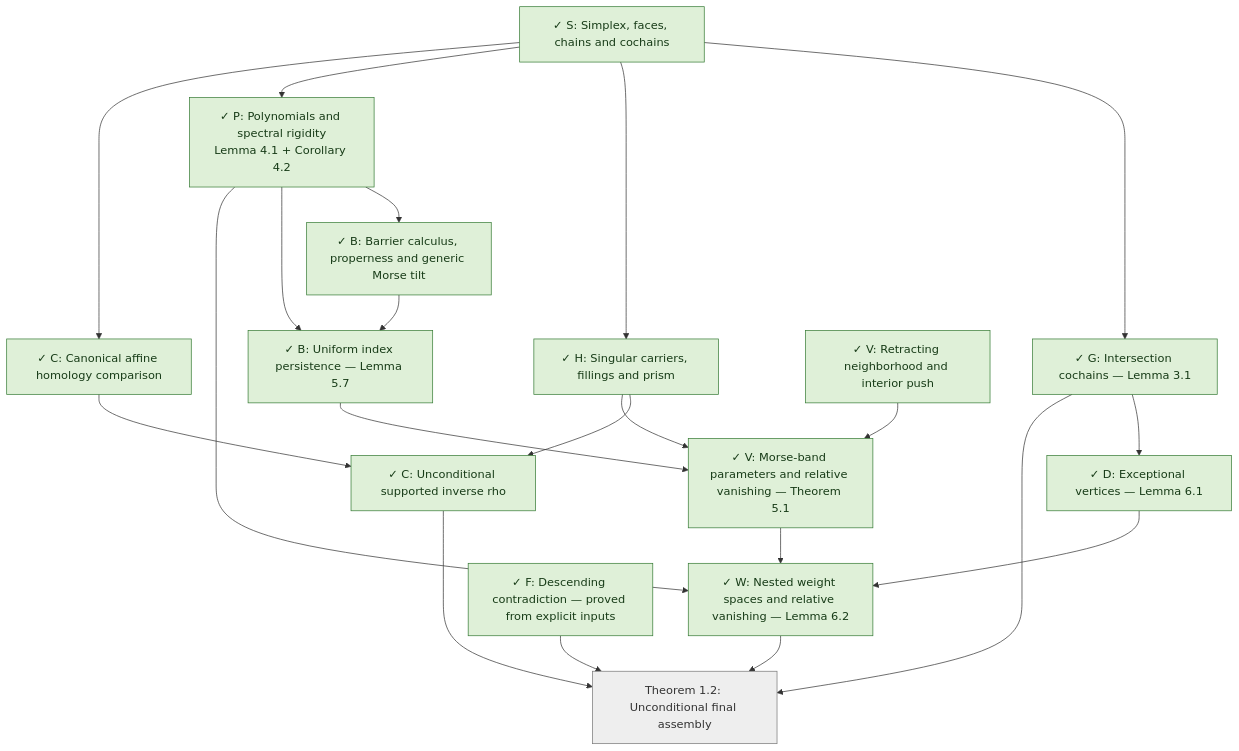
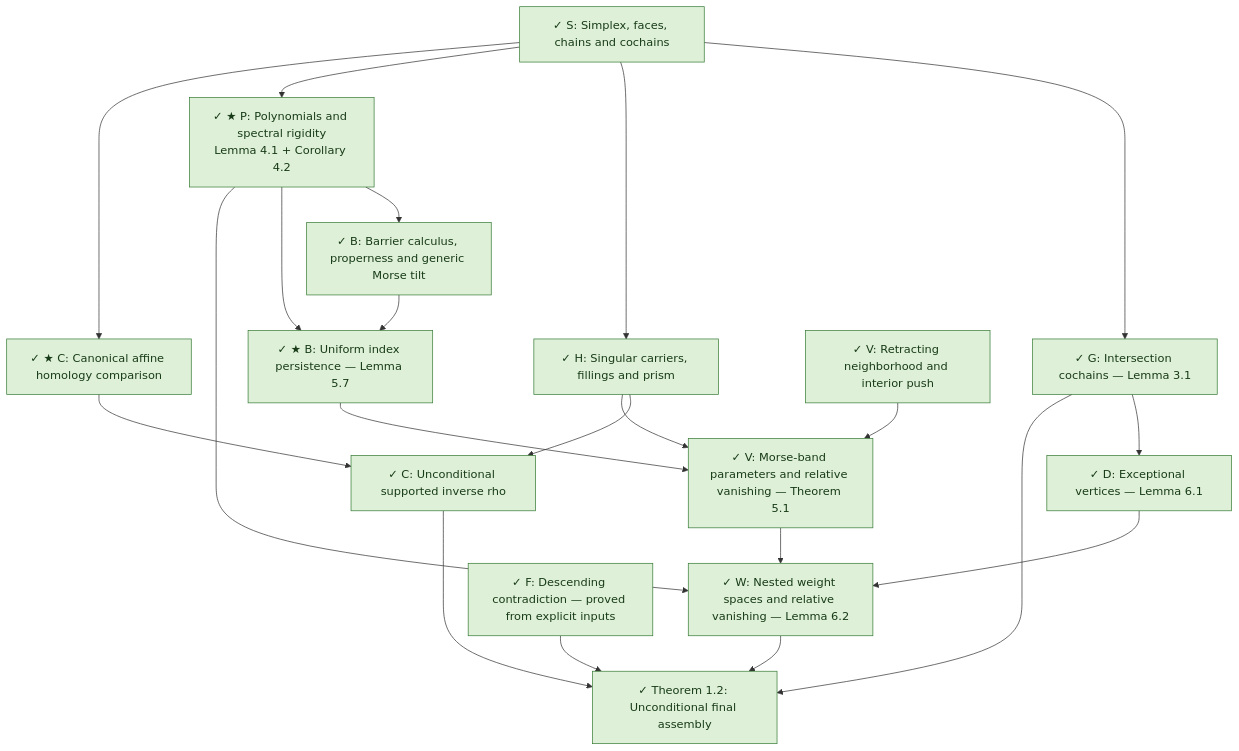
Before and after one commit to snorin239/SharpTopologicalOverlap: the diagram in docs/blueprint.md, drawn with Mermaid. The commit also changed other lines of this file and 9 other files, not shown here.

````diff
--- a/docs/blueprint.md
+++ b/docs/blueprint.md
@@ -51,41 +51,41 @@
 ```mermaid
 flowchart TD
   S["✓ S: Simplex, faces, chains and cochains"]:::done
   G["✓ G: Intersection cochains — Lemma 3.1"]:::done
   H["✓ H: Singular carriers, fillings and prism"]:::done
-  P["✓ P: Polynomials and spectral rigidity<br/>Lemma 4.1 + Corollary 4.2"]:::done
+  P["✓ ★ P: Polynomials and spectral rigidity<br/>Lemma 4.1 + Corollary 4.2"]:::done
   D["✓ D: Exceptional vertices — Lemma 6.1"]:::done
-  C0["✓ C: Canonical affine homology comparison"]:::done
+  C0["✓ ★ C: Canonical affine homology comparison"]:::done
   C1["✓ C: Unconditional supported inverse rho"]:::done
   B0["✓ B: Barrier calculus, properness and generic Morse tilt"]:::done
-  B1["✓ B: Uniform index persistence — Lemma 5.7"]:::done
+  B1["✓ ★ B: Uniform index persistence — Lemma 5.7"]:::done
   V0["✓ V: Retracting neighborhood and interior push"]:::done
   V1["✓ V: Morse-band parameters and relative vanishing — Theorem 5.1"]:::done
   W["✓ W: Nested weight spaces and relative vanishing — Lemma 6.2"]:::done
   F["✓ F: Descending contradiction — proved from explicit inputs"]:::done
-  T["Theorem 1.2: Unconditional final assembly"]:::pending
+  T["✓ Theorem 1.2: Unconditional final assembly"]:::done
   S --> G
   S --> H
   S --> P
   S --> C0
   G --> D
   C0 --> C1
   H --> C1
   P --> B0
   B0 --> B1
   P --> B1
   B1 --> V1
   V0 --> V1
   H --> V1
   D --> W
   P --> W
   V1 --> W
   C1 --> T
   W --> T
   F --> T
   G --> T
   classDef done fill:#dff0d8,stroke:#367b35,color:#173b17
   classDef working fill:#fff2cc,stroke:#ad8700,color:#4b3900
   classDef hard fill:#f8d7da,stroke:#b02a37,color:#641820
   classDef pending fill:#eeeeee,stroke:#777777,color:#333333
 ```
````
